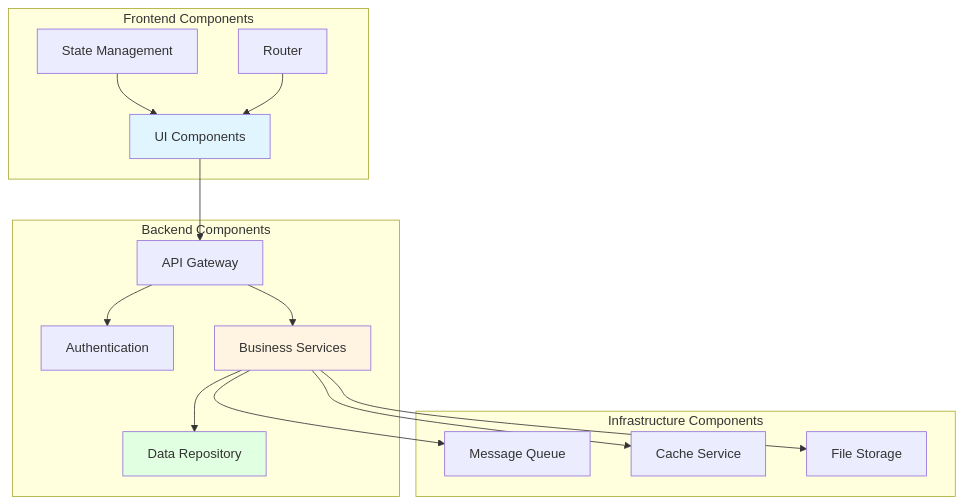
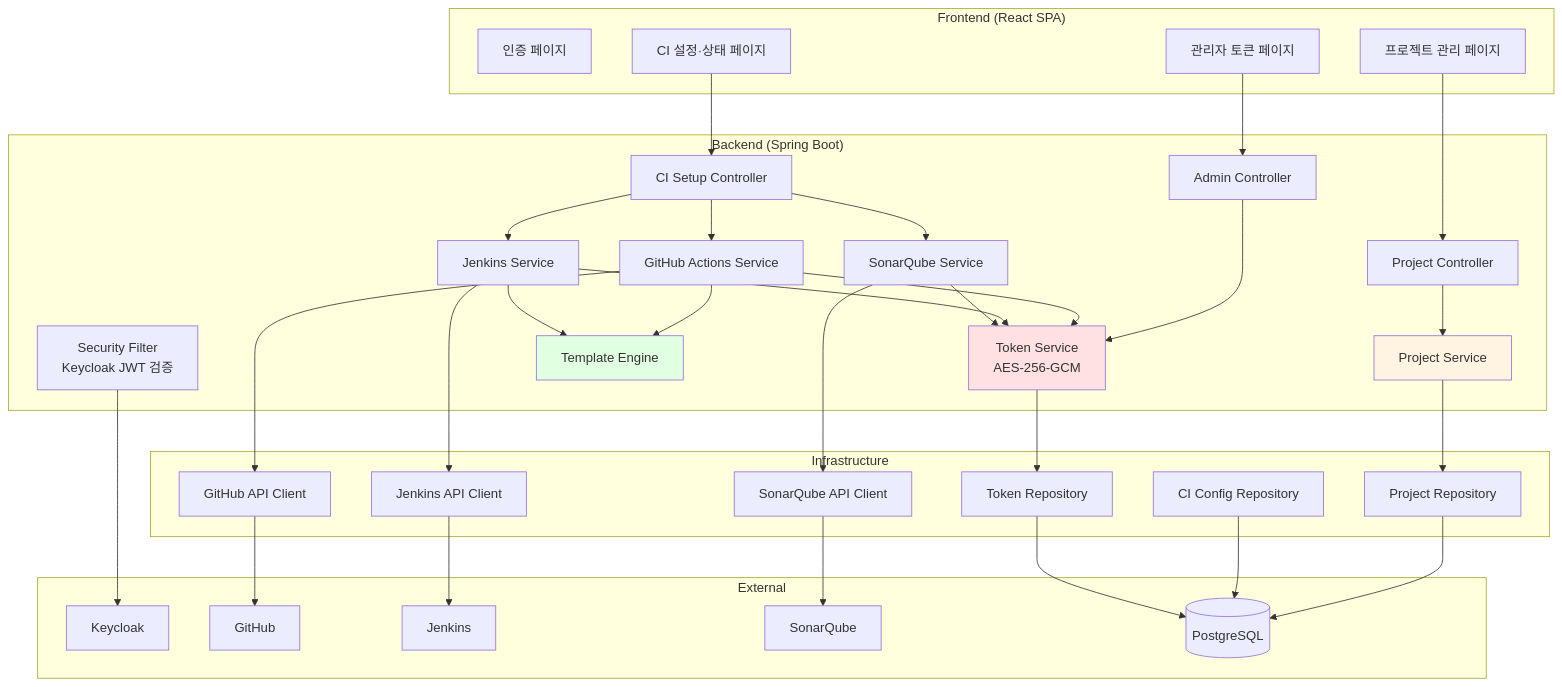
One commit to kost0806/ci-hub changed the first of 7 diagrams in docs/hld/components.md. Above: the diagram before and after it, drawn with Mermaid. The commit also changed other lines of this file and 6 other files, not shown here.

````diff
--- a/docs/hld/components.md
+++ b/docs/hld/components.md
@@ -26,35 +26,72 @@
 ```mermaid
 graph TB
-    subgraph "Frontend Components"
-        UI[UI Components]
-        State[State Management]
-        Router[Router]
+    subgraph "Frontend (React SPA)"
+        AuthPages[인증 페이지]
+        ProjectPages[프로젝트 관리 페이지]
+        CIPages[CI 설정·상태 페이지]
+        AdminPages[관리자 토큰 페이지]
     end
 
-    subgraph "Backend Components"
-        Auth[Authentication]
-        API[API Gateway]
-        Service[Business Services]
-        Repository[Data Repository]
+    subgraph "Backend (Spring Boot)"
+        SecurityFilter[Security Filter<br/>Keycloak JWT 검증]
+        ProjectController[Project Controller]
+        CIController[CI Setup Controller]
+        AdminController[Admin Controller]
+        ProjectService[Project Service]
+        GitHubActionsService[GitHub Actions Service]
+        JenkinsService[Jenkins Service]
+        SonarQubeService[SonarQube Service]
+        TokenService[Token Service<br/>AES-256-GCM]
+        TemplateEngine[Template Engine]
     end
 
-    subgraph "Infrastructure Components"
-        Queue[Message Queue]
-        Cache[Cache Service]
-        Storage[File Storage]
+    subgraph "Infrastructure"
+        ProjectRepo[Project Repository]
+        CIConfigRepo[CI Config Repository]
+        TokenRepo[Token Repository]
+        GitHubClient[GitHub API Client]
+        JenkinsClient[Jenkins API Client]
+        SonarQubeClient[SonarQube API Client]
     end
 
-    UI --> API
-    State --> UI
-    Router --> UI
-    API --> Auth
-    API --> Service
-    Service --> Repository
-    Service --> Queue
-    Service --> Cache
-    Service --> Storage
+    subgraph "External"
+        KC[Keycloak]
+        GH[GitHub]
+        JK[Jenkins]
+        SQ[SonarQube]
+        PG[(PostgreSQL)]
+    end
 
-    style UI fill:#e1f5ff
-    style Service fill:#fff4e1
-    style Repository fill:#e1ffe1
+    ProjectPages --> ProjectController
+    CIPages --> CIController
+    AdminPages --> AdminController
+    SecurityFilter --> KC
+
+    ProjectController --> ProjectService
+    CIController --> GitHubActionsService
+    CIController --> JenkinsService
+    CIController --> SonarQubeService
+    AdminController --> TokenService
+
+    ProjectService --> ProjectRepo
+    GitHubActionsService --> TokenService
+    GitHubActionsService --> TemplateEngine
+    GitHubActionsService --> GitHubClient
+    JenkinsService --> TokenService
+    JenkinsService --> TemplateEngine
+    JenkinsService --> JenkinsClient
+    SonarQubeService --> TokenService
+    SonarQubeService --> SonarQubeClient
+    TokenService --> TokenRepo
+
+    ProjectRepo --> PG
+    CIConfigRepo --> PG
+    TokenRepo --> PG
+    GitHubClient --> GH
+    JenkinsClient --> JK
+    SonarQubeClient --> SQ
+
+    style ProjectService fill:#fff4e1
+    style TokenService fill:#ffe1e1
+    style TemplateEngine fill:#e1ffe1
 ```
````
